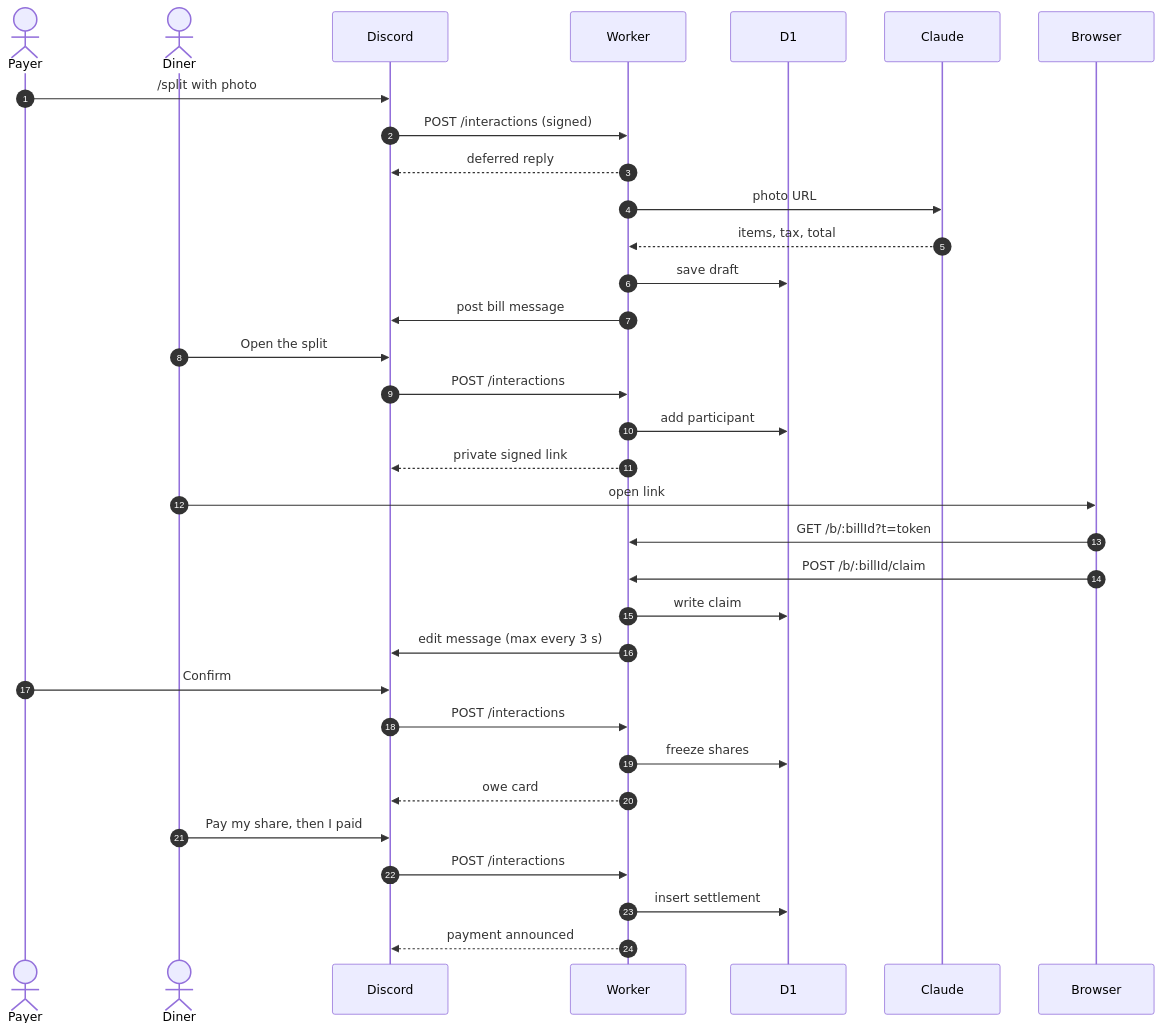
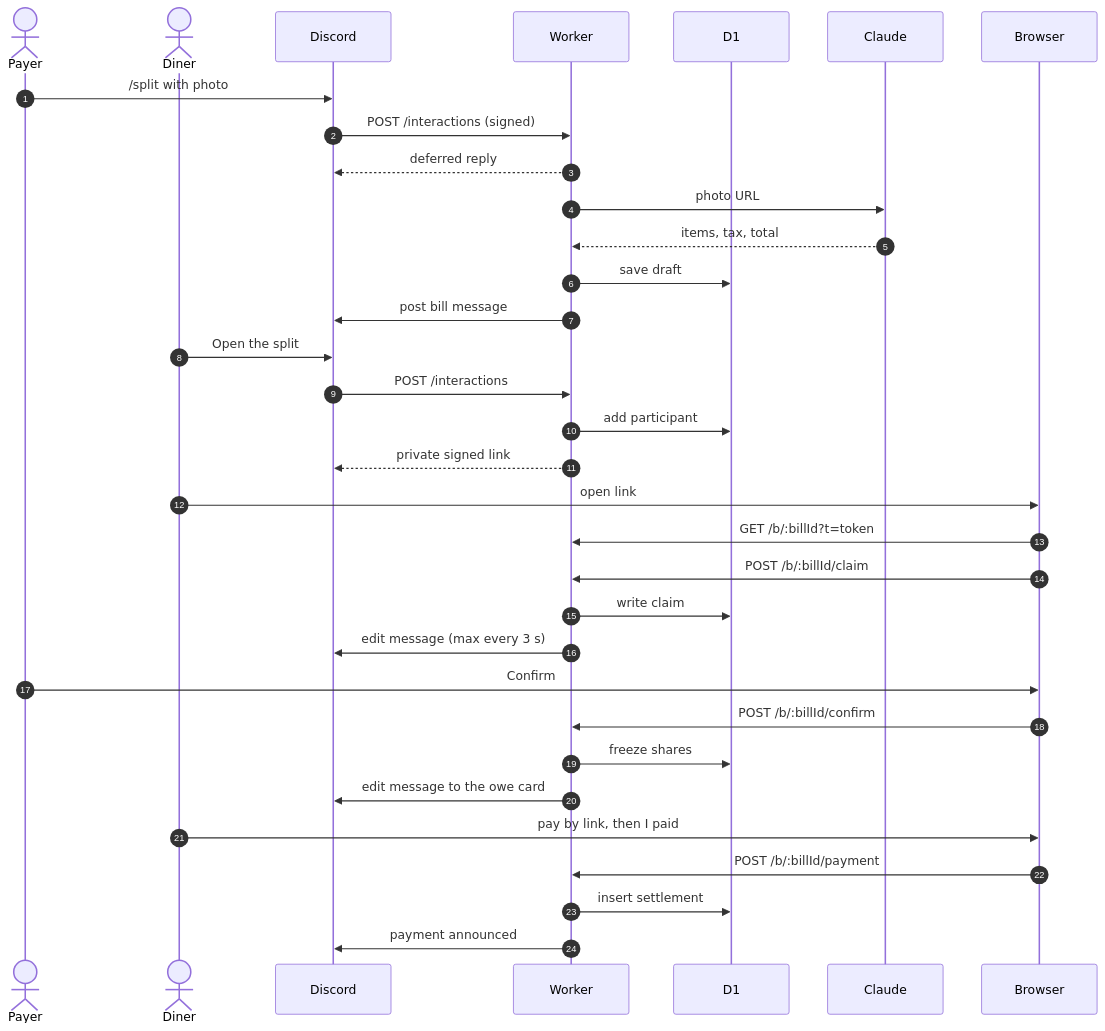
The second of 2 diagrams in docs/architecture.md (gavinlin24/aazhi), drawn with Mermaid before and after one commit. The commit also changed other lines of this file and 33 other files, not shown here.

````diff
--- a/docs/architecture.md
+++ b/docs/architecture.md
@@ -116,36 +125,36 @@
 ```mermaid
 sequenceDiagram
   autonumber
   actor Payer
   actor Diner
   participant D as Discord
   participant W as Worker
   participant DB as D1
   participant C as Claude
   participant B as Browser
 
   Payer->>D: /split with photo
   D->>W: POST /interactions (signed)
   W-->>D: deferred reply
   W->>C: photo URL
   C-->>W: items, tax, total
   W->>DB: save draft
   W->>D: post bill message
   Diner->>D: Open the split
   D->>W: POST /interactions
   W->>DB: add participant
   W-->>D: private signed link
   Diner->>B: open link
   B->>W: GET /b/:billId?t=token
   B->>W: POST /b/:billId/claim
   W->>DB: write claim
   W->>D: edit message (max every 3 s)
-  Payer->>D: Confirm
-  D->>W: POST /interactions
+  Payer->>B: Confirm
+  B->>W: POST /b/:billId/confirm
   W->>DB: freeze shares
-  W-->>D: owe card
-  Diner->>D: Pay my share, then I paid
-  D->>W: POST /interactions
+  W->>D: edit message to the owe card
+  Diner->>B: pay by link, then I paid
+  B->>W: POST /b/:billId/payment
   W->>DB: insert settlement
-  W-->>D: payment announced
+  W->>D: payment announced
 ```
````
